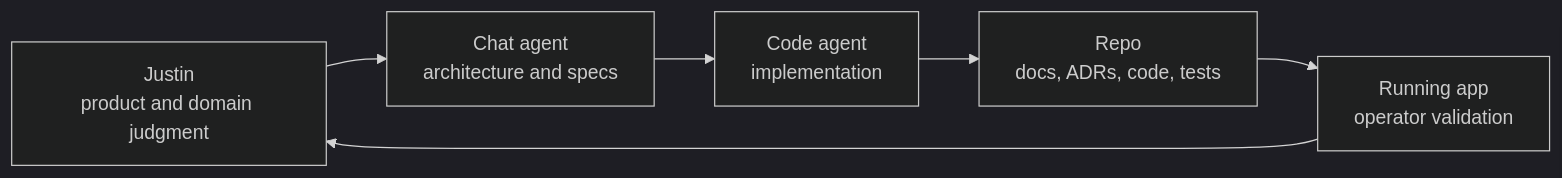
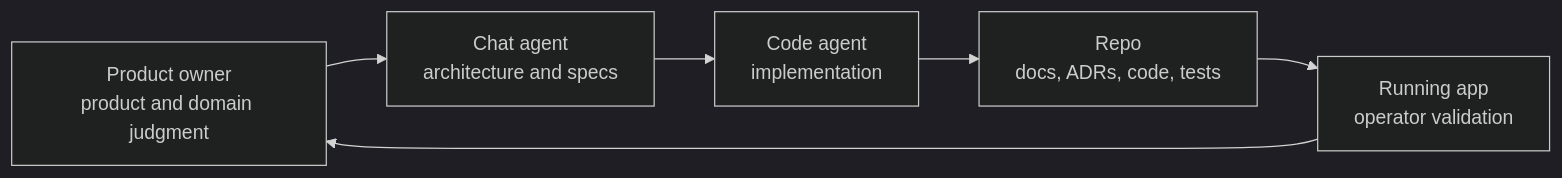
One commit to Wildsdesign/MindServe-Proof changed the diagram in OPERATING_MODEL.md. Above: the diagram before and after it, drawn with Mermaid (dark theme). The commit also changed other lines of this file and 3 other files, not shown here.

````diff
--- a/OPERATING_MODEL.md
+++ b/OPERATING_MODEL.md
@@ -10,14 +10,14 @@
 ```mermaid
 flowchart LR
-    Product["Justin\nproduct and domain judgment"]
+    Product["Product owner\nproduct and domain judgment"]
     Strategy["Chat agent\narchitecture and specs"]
     Code["Code agent\nimplementation"]
     Repo["Repo\ndocs, ADRs, code, tests"]
     App["Running app\noperator validation"]
 
     Product --> Strategy
     Strategy --> Code
     Code --> Repo
     Repo --> App
     App --> Product
 ```
````
